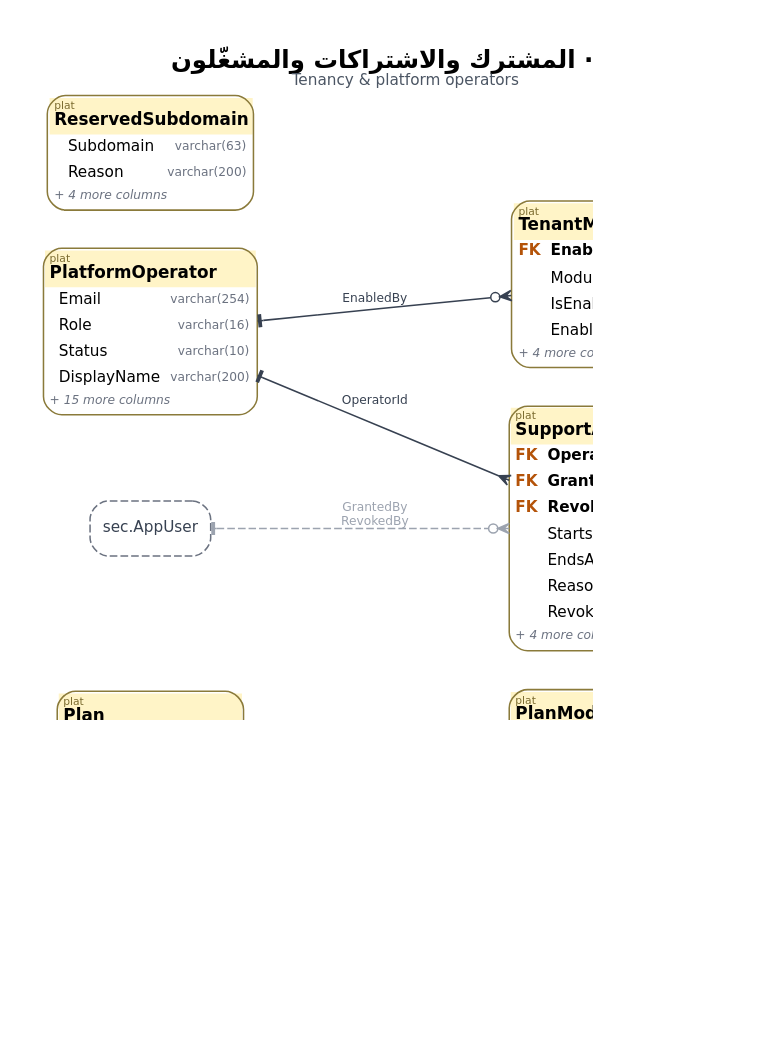
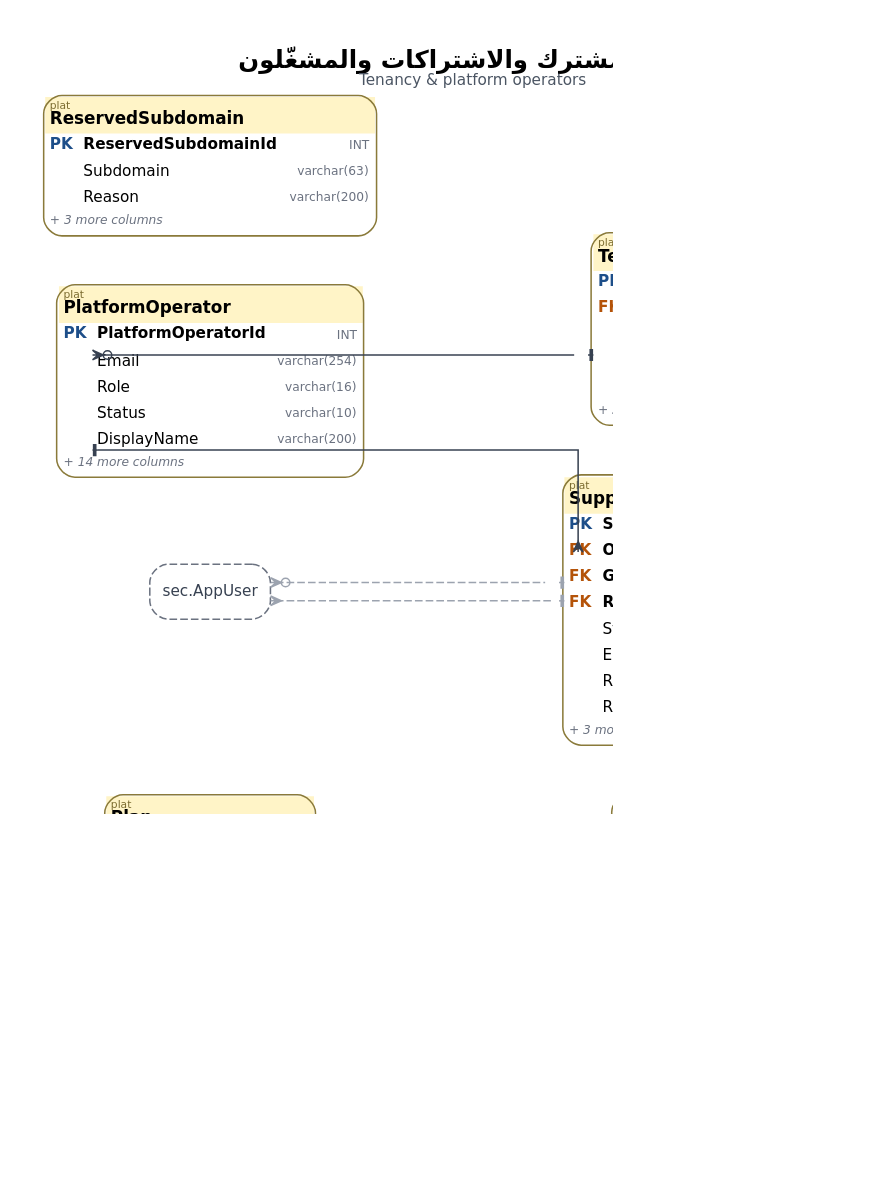
One commit to thawrasy/smartlines changed the diagram in treasury-platform/docs/diagrams/pro/src/m0_tenancy.dot. Above: the diagram before and after it, drawn with Graphviz. The commit also changed 72 other files, not shown here.

First line of the commit message:
WIP: layered orthogonal ERD layout with row ports (professional diagrams)

```diff
--- a/treasury-platform/docs/diagrams/pro/src/m0_tenancy.dot
+++ b/treasury-platform/docs/diagrams/pro/src/m0_tenancy.dot
@@ -1,20 +1,21 @@
 digraph G {
-  graph [fontname="DejaVu Sans", label=<<B><FONT POINT-SIZE="16">م0 · المشترك والاشتراكات والمشغّلون</FONT></B><BR/><FONT POINT-SIZE="10" COLOR="#4B5563">Tenancy &amp; platform operators</FONT>>, labelloc=t, rankdir=LR, splines=true, nodesep=0.35, ranksep=1.25, pad=0.35, bgcolor="white", dpi=110];
+  graph [fontname="DejaVu Sans", label=<<B><FONT POINT-SIZE="16">م0 · المشترك والاشتراكات والمشغّلون</FONT></B><BR/><FONT POINT-SIZE="10" COLOR="#4B5563">Tenancy &amp; platform operators</FONT>>, labelloc=t, rankdir=LR, splines=ortho, nodesep=0.45, ranksep=1.7, pad=0.35, bgcolor="white", dpi=110];
   node [fontname="DejaVu Sans", fontsize=10];
   edge [fontname="DejaVu Sans", fontsize=8, color="#374151", arrowsize=0.75];
-  "plat.Plan" [shape=plain, label=<<TABLE BORDER="1" COLOR="#8A7A3A" CELLBORDER="0" CELLSPACING="0" CELLPADDING="3" STYLE="rounded" BGCOLOR="white"><TR><TD COLSPAN="3" BGCOLOR="#FFF4C7" ALIGN="LEFT"><FONT POINT-SIZE="7" COLOR="#7A6A2E">plat</FONT><BR ALIGN="LEFT"/><FONT POINT-SIZE="11"><B>Plan</B></FONT></TD></TR><TR><TD ALIGN="LEFT"></TD><TD ALIGN="LEFT">Code</TD><TD ALIGN="RIGHT"><FONT COLOR="#6B7280" POINT-SIZE="8">varchar(30)</FONT></TD></TR><TR><TD ALIGN="LEFT"></TD><TD ALIGN="LEFT">NameAr</TD><TD ALIGN="RIGHT"><FONT COLOR="#6B7280" POINT-SIZE="8">varchar(200)</FONT></TD></TR><TR><TD ALIGN="LEFT"></TD><TD ALIGN="LEFT">NameEn</TD><TD ALIGN="RIGHT"><FONT COLOR="#6B7280" POINT-SIZE="8">varchar(200)</FONT></TD></TR><TR><TD ALIGN="LEFT"></TD><TD ALIGN="LEFT">MaxUsers</TD><TD ALIGN="RIGHT"><FONT COLOR="#6B7280" POINT-SIZE="8">integer</FONT></TD></TR><TR><TD COLSPAN="3" ALIGN="LEFT"><FONT POINT-SIZE="8" COLOR="#6B7280"><I>+ 7 more columns</I></FONT></TD></TR></TABLE>>];
-  "plat.PlanModule" [shape=plain, label=<<TABLE BORDER="1" COLOR="#8A7A3A" CELLBORDER="0" CELLSPACING="0" CELLPADDING="3" STYLE="rounded" BGCOLOR="white"><TR><TD COLSPAN="3" BGCOLOR="#FFF4C7" ALIGN="LEFT"><FONT POINT-SIZE="7" COLOR="#7A6A2E">plat</FONT><BR ALIGN="LEFT"/><FONT POINT-SIZE="11"><B>PlanModule</B></FONT></TD></TR><TR><TD ALIGN="LEFT"><FONT COLOR="#1D4E89"><B>PK</B></FONT></TD><TD ALIGN="LEFT"><B>PlanId</B></TD><TD ALIGN="RIGHT"><FONT COLOR="#6B7280" POINT-SIZE="8">INT</FONT></TD></TR><TR><TD ALIGN="LEFT"><FONT COLOR="#1D4E89"><B>PK</B></FONT></TD><TD ALIGN="LEFT"><B>ModuleCode</B></TD><TD ALIGN="RIGHT"><FONT COLOR="#6B7280" POINT-SIZE="8">varchar(12)</FONT></TD></TR><TR><TD COLSPAN="3" ALIGN="LEFT"><FONT POINT-SIZE="8" COLOR="#6B7280"><I>+ 4 more columns</I></FONT></TD></TR></TABLE>>];
-  "plat.PlatformOperator" [shape=plain, label=<<TABLE BORDER="1" COLOR="#8A7A3A" CELLBORDER="0" CELLSPACING="0" CELLPADDING="3" STYLE="rounded" BGCOLOR="white"><TR><TD COLSPAN="3" BGCOLOR="#FFF4C7" ALIGN="LEFT"><FONT POINT-SIZE="7" COLOR="#7A6A2E">plat</FONT><BR ALIGN="LEFT"/><FONT POINT-SIZE="11"><B>PlatformOperator</B></FONT></TD></TR><TR><TD ALIGN="LEFT"></TD><TD ALIGN="LEFT">Email</TD><TD ALIGN="RIGHT"><FONT COLOR="#6B7280" POINT-SIZE="8">varchar(254)</FONT></TD></TR><TR><TD ALIGN="LEFT"></TD><TD ALIGN="LEFT">Role</TD><TD ALIGN="RIGHT"><FONT COLOR="#6B7280" POINT-SIZE="8">varchar(16)</FONT></TD></TR><TR><TD ALIGN="LEFT"></TD><TD ALIGN="LEFT">Status</TD><TD ALIGN="RIGHT"><FONT COLOR="#6B7280" POINT-SIZE="8">varchar(10)</FONT></TD></TR><TR><TD ALIGN="LEFT"></TD><TD ALIGN="LEFT">DisplayName</TD><TD ALIGN="RIGHT"><FONT COLOR="#6B7280" POINT-SIZE="8">varchar(200)</FONT></TD></TR><TR><TD COLSPAN="3" ALIGN="LEFT"><FONT POINT-SIZE="8" COLOR="#6B7280"><I>+ 15 more columns</I></FONT></TD></TR></TABLE>>];
-  "plat.ReservedSubdomain" [shape=plain, label=<<TABLE BORDER="1" COLOR="#8A7A3A" CELLBORDER="0" CELLSPACING="0" CELLPADDING="3" STYLE="rounded" BGCOLOR="white"><TR><TD COLSPAN="3" BGCOLOR="#FFF4C7" ALIGN="LEFT"><FONT POINT-SIZE="7" COLOR="#7A6A2E">plat</FONT><BR ALIGN="LEFT"/><FONT POINT-SIZE="11"><B>ReservedSubdomain</B></FONT></TD></TR><TR><TD ALIGN="LEFT"></TD><TD ALIGN="LEFT">Subdomain</TD><TD ALIGN="RIGHT"><FONT COLOR="#6B7280" POINT-SIZE="8">varchar(63)</FONT></TD></TR><TR><TD ALIGN="LEFT"></TD><TD ALIGN="LEFT">Reason</TD><TD ALIGN="RIGHT"><FONT COLOR="#6B7280" POINT-SIZE="8">varchar(200)</FONT></TD></TR><TR><TD COLSPAN="3" ALIGN="LEFT"><FONT POINT-SIZE="8" COLOR="#6B7280"><I>+ 4 more columns</I></FONT></TD></TR></TABLE>>];
-  "plat.SupportAccessGrant" [shape=plain, label=<<TABLE BORDER="1" COLOR="#8A7A3A" CELLBORDER="0" CELLSPACING="0" CELLPADDING="3" STYLE="rounded" BGCOLOR="white"><TR><TD COLSPAN="3" BGCOLOR="#FFF4C7" ALIGN="LEFT"><FONT POINT-SIZE="7" COLOR="#7A6A2E">plat</FONT><BR ALIGN="LEFT"/><FONT POINT-SIZE="11"><B>SupportAccessGrant</B></FONT></TD></TR><TR><TD ALIGN="LEFT"><FONT COLOR="#B45309"><B>FK</B></FONT></TD><TD ALIGN="LEFT"><B>OperatorId</B></TD><TD ALIGN="RIGHT"><FONT COLOR="#6B7280" POINT-SIZE="8">INT</FONT></TD></TR><TR><TD ALIGN="LEFT"><FONT COLOR="#B45309"><B>FK</B></FONT></TD><TD ALIGN="LEFT"><B>GrantedBy</B></TD><TD ALIGN="RIGHT"><FONT COLOR="#6B7280" POINT-SIZE="8">BIGINT</FONT></TD></TR><TR><TD ALIGN="LEFT"><FONT COLOR="#B45309"><B>FK</B></FONT></TD><TD ALIGN="LEFT"><B>RevokedBy</B></TD><TD ALIGN="RIGHT"><FONT COLOR="#6B7280" POINT-SIZE="8">BIGINT</FONT></TD></TR><TR><TD ALIGN="LEFT"></TD><TD ALIGN="LEFT">StartsAt</TD><TD ALIGN="RIGHT"><FONT COLOR="#6B7280" POINT-SIZE="8">timestamp(3)</FONT></TD></TR><TR><TD ALIGN="LEFT"></TD><TD ALIGN="LEFT">EndsAt</TD><TD ALIGN="RIGHT"><FONT COLOR="#6B7280" POINT-SIZE="8">timestamp(3)</FONT></TD></TR><TR><TD ALIGN="LEFT"></TD><TD ALIGN="LEFT">Reason</TD><TD ALIGN="RIGHT"><FONT COLOR="#6B7280" POINT-SIZE="8">varchar(500)</FONT></TD></TR><TR><TD ALIGN="LEFT"></TD><TD ALIGN="LEFT">RevokedAt</TD><TD ALIGN="RIGHT"><FONT COLOR="#6B7280" POINT-SIZE="8">timestamp(3)</FONT></TD></TR><TR><TD COLSPAN="3" ALIGN="LEFT"><FONT POINT-SIZE="8" COLOR="#6B7280"><I>+ 4 more columns</I></FONT></TD></TR></TABLE>>];
-  "plat.Tenant" [shape=plain, label=<<TABLE BORDER="1" COLOR="#8A7A3A" CELLBORDER="0" CELLSPACING="0" CELLPADDING="3" STYLE="rounded" BGCOLOR="white"><TR><TD COLSPAN="3" BGCOLOR="#FFF4C7" ALIGN="LEFT"><FONT POINT-SIZE="7" COLOR="#7A6A2E">plat</FONT><BR ALIGN="LEFT"/><FONT POINT-SIZE="11"><B>Tenant</B></FONT></TD></TR><TR><TD ALIGN="LEFT"><FONT COLOR="#B45309"><B>FK</B></FONT></TD><TD ALIGN="LEFT"><B>PlanId</B></TD><TD ALIGN="RIGHT"><FONT COLOR="#6B7280" POINT-SIZE="8">INT</FONT></TD></TR><TR><TD ALIGN="LEFT"><FONT COLOR="#B45309"><B>FK</B></FONT></TD><TD ALIGN="LEFT"><B>HomeCountryId</B></TD><TD ALIGN="RIGHT"><FONT COLOR="#6B7280" POINT-SIZE="8">INT</FONT></TD></TR><TR><TD ALIGN="LEFT"></TD><TD ALIGN="LEFT">Code</TD><TD ALIGN="RIGHT"><FONT COLOR="#6B7280" POINT-SIZE="8">varchar(30)</FONT></TD></TR><TR><TD ALIGN="LEFT"></TD><TD ALIGN="LEFT">NameAr</TD><TD ALIGN="RIGHT"><FONT COLOR="#6B7280" POINT-SIZE="8">varchar(200)</FONT></TD></TR><TR><TD ALIGN="LEFT"></TD><TD ALIGN="LEFT">NameEn</TD><TD ALIGN="RIGHT"><FONT COLOR="#6B7280" POINT-SIZE="8">varchar(200)</FONT></TD></TR><TR><TD ALIGN="LEFT"></TD><TD ALIGN="LEFT">TrialEndsOn</TD><TD ALIGN="RIGHT"><FONT COLOR="#6B7280" POINT-SIZE="8">date</FONT></TD></TR><TR><TD COLSPAN="3" ALIGN="LEFT"><FONT POINT-SIZE="8" COLOR="#6B7280"><I>+ 14 more columns</I></FONT></TD></TR></TABLE>>];
-  "plat.TenantModule" [shape=plain, label=<<TABLE BORDER="1" COLOR="#8A7A3A" CELLBORDER="0" CELLSPACING="0" CELLPADDING="3" STYLE="rounded" BGCOLOR="white"><TR><TD COLSPAN="3" BGCOLOR="#FFF4C7" ALIGN="LEFT"><FONT POINT-SIZE="7" COLOR="#7A6A2E">plat</FONT><BR ALIGN="LEFT"/><FONT POINT-SIZE="11"><B>TenantModule</B></FONT></TD></TR><TR><TD ALIGN="LEFT"><FONT COLOR="#B45309"><B>FK</B></FONT></TD><TD ALIGN="LEFT"><B>EnabledBy</B></TD><TD ALIGN="RIGHT"><FONT COLOR="#6B7280" POINT-SIZE="8">INT</FONT></TD></TR><TR><TD ALIGN="LEFT"></TD><TD ALIGN="LEFT">ModuleCode</TD><TD ALIGN="RIGHT"><FONT COLOR="#6B7280" POINT-SIZE="8">varchar(12)</FONT></TD></TR><TR><TD ALIGN="LEFT"></TD><TD ALIGN="LEFT">IsEnabled</TD><TD ALIGN="RIGHT"><FONT COLOR="#6B7280" POINT-SIZE="8">smallint</FONT></TD></TR><TR><TD ALIGN="LEFT"></TD><TD ALIGN="LEFT">EnabledAt</TD><TD ALIGN="RIGHT"><FONT COLOR="#6B7280" POINT-SIZE="8">timestamp(3)</FONT></TD></TR><TR><TD COLSPAN="3" ALIGN="LEFT"><FONT POINT-SIZE="8" COLOR="#6B7280"><I>+ 4 more columns</I></FONT></TD></TR></TABLE>>];
+  "plat.Plan" [shape=plain, label=<<TABLE BORDER="1" COLOR="#8A7A3A" CELLBORDER="0" CELLSPACING="0" CELLPADDING="3" STYLE="rounded" BGCOLOR="white"><TR><TD COLSPAN="3" BGCOLOR="#FFF4C7" ALIGN="LEFT"><FONT POINT-SIZE="7" COLOR="#7A6A2E">plat</FONT><BR ALIGN="LEFT"/><FONT POINT-SIZE="11"><B>Plan</B></FONT></TD></TR><TR><TD ALIGN="LEFT" PORT="PlanId"><FONT COLOR="#1D4E89"><B>PK</B></FONT></TD><TD ALIGN="LEFT" PORT="PlanId"><B>PlanId</B></TD><TD ALIGN="RIGHT" PORT="PlanId"><FONT COLOR="#6B7280" POINT-SIZE="8">INT</FONT></TD></TR><TR><TD ALIGN="LEFT"></TD><TD ALIGN="LEFT">Code</TD><TD ALIGN="RIGHT"><FONT COLOR="#6B7280" POINT-SIZE="8">varchar(30)</FONT></TD></TR><TR><TD ALIGN="LEFT"></TD><TD ALIGN="LEFT">NameAr</TD><TD ALIGN="RIGHT"><FONT COLOR="#6B7280" POINT-SIZE="8">varchar(200)</FONT></TD></TR><TR><TD ALIGN="LEFT"></TD><TD ALIGN="LEFT">NameEn</TD><TD ALIGN="RIGHT"><FONT COLOR="#6B7280" POINT-SIZE="8">varchar(200)</FONT></TD></TR><TR><TD ALIGN="LEFT"></TD><TD ALIGN="LEFT">MaxUsers</TD><TD ALIGN="RIGHT"><FONT COLOR="#6B7280" POINT-SIZE="8">integer</FONT></TD></TR><TR><TD COLSPAN="3" ALIGN="LEFT"><FONT POINT-SIZE="8" COLOR="#6B7280"><I>+ 6 more columns</I></FONT></TD></TR></TABLE>>];
+  "plat.PlanModule" [shape=plain, label=<<TABLE BORDER="1" COLOR="#8A7A3A" CELLBORDER="0" CELLSPACING="0" CELLPADDING="3" STYLE="rounded" BGCOLOR="white"><TR><TD COLSPAN="3" BGCOLOR="#FFF4C7" ALIGN="LEFT"><FONT POINT-SIZE="7" COLOR="#7A6A2E">plat</FONT><BR ALIGN="LEFT"/><FONT POINT-SIZE="11"><B>PlanModule</B></FONT></TD></TR><TR><TD ALIGN="LEFT" PORT="PlanId"><FONT COLOR="#1D4E89"><B>PK</B></FONT></TD><TD ALIGN="LEFT" PORT="PlanId"><B>PlanId</B></TD><TD ALIGN="RIGHT" PORT="PlanId"><FONT COLOR="#6B7280" POINT-SIZE="8">INT</FONT></TD></TR><TR><TD ALIGN="LEFT" PORT="ModuleCode"><FONT COLOR="#1D4E89"><B>PK</B></FONT></TD><TD ALIGN="LEFT" PORT="ModuleCode"><B>ModuleCode</B></TD><TD ALIGN="RIGHT" PORT="ModuleCode"><FONT COLOR="#6B7280" POINT-SIZE="8">varchar(12)</FONT></TD></TR><TR><TD COLSPAN="3" ALIGN="LEFT"><FONT POINT-SIZE="8" COLOR="#6B7280"><I>+ 4 more columns</I></FONT></TD></TR></TABLE>>];
+  "plat.PlatformOperator" [shape=plain, label=<<TABLE BORDER="1" COLOR="#8A7A3A" CELLBORDER="0" CELLSPACING="0" CELLPADDING="3" STYLE="rounded" BGCOLOR="white"><TR><TD COLSPAN="3" BGCOLOR="#FFF4C7" ALIGN="LEFT"><FONT POINT-SIZE="7" COLOR="#7A6A2E">plat</FONT><BR ALIGN="LEFT"/><FONT POINT-SIZE="11"><B>PlatformOperator</B></FONT></TD></TR><TR><TD ALIGN="LEFT" PORT="PlatformOperatorId"><FONT COLOR="#1D4E89"><B>PK</B></FONT></TD><TD ALIGN="LEFT" PORT="PlatformOperatorId"><B>PlatformOperatorId</B></TD><TD ALIGN="RIGHT" PORT="PlatformOperatorId"><FONT COLOR="#6B7280" POINT-SIZE="8">INT</FONT></TD></TR><TR><TD ALIGN="LEFT"></TD><TD ALIGN="LEFT">Email</TD><TD ALIGN="RIGHT"><FONT COLOR="#6B7280" POINT-SIZE="8">varchar(254)</FONT></TD></TR><TR><TD ALIGN="LEFT"></TD><TD ALIGN="LEFT">Role</TD><TD ALIGN="RIGHT"><FONT COLOR="#6B7280" POINT-SIZE="8">varchar(16)</FONT></TD></TR><TR><TD ALIGN="LEFT"></TD><TD ALIGN="LEFT">Status</TD><TD ALIGN="RIGHT"><FONT COLOR="#6B7280" POINT-SIZE="8">varchar(10)</FONT></TD></TR><TR><TD ALIGN="LEFT"></TD><TD ALIGN="LEFT">DisplayName</TD><TD ALIGN="RIGHT"><FONT COLOR="#6B7280" POINT-SIZE="8">varchar(200)</FONT></TD></TR><TR><TD COLSPAN="3" ALIGN="LEFT"><FONT POINT-SIZE="8" COLOR="#6B7280"><I>+ 14 more columns</I></FONT></TD></TR></TABLE>>];
+  "plat.ReservedSubdomain" [shape=plain, label=<<TABLE BORDER="1" COLOR="#8A7A3A" CELLBORDER="0" CELLSPACING="0" CELLPADDING="3" STYLE="rounded" BGCOLOR="white"><TR><TD COLSPAN="3" BGCOLOR="#FFF4C7" ALIGN="LEFT"><FONT POINT-SIZE="7" COLOR="#7A6A2E">plat</FONT><BR ALIGN="LEFT"/><FONT POINT-SIZE="11"><B>ReservedSubdomain</B></FONT></TD></TR><TR><TD ALIGN="LEFT" PORT="ReservedSubdomainId"><FONT COLOR="#1D4E89"><B>PK</B></FONT></TD><TD ALIGN="LEFT" PORT="ReservedSubdomainId"><B>ReservedSubdomainId</B></TD><TD ALIGN="RIGHT" PORT="ReservedSubdomainId"><FONT COLOR="#6B7280" POINT-SIZE="8">INT</FONT></TD></TR><TR><TD ALIGN="LEFT"></TD><TD ALIGN="LEFT">Subdomain</TD><TD ALIGN="RIGHT"><FONT COLOR="#6B7280" POINT-SIZE="8">varchar(63)</FONT></TD></TR><TR><TD ALIGN="LEFT"></TD><TD ALIGN="LEFT">Reason</TD><TD ALIGN="RIGHT"><FONT COLOR="#6B7280" POINT-SIZE="8">varchar(200)</FONT></TD></TR><TR><TD COLSPAN="3" ALIGN="LEFT"><FONT POINT-SIZE="8" COLOR="#6B7280"><I>+ 3 more columns</I></FONT></TD></TR></TABLE>>];
+  "plat.SupportAccessGrant" [shape=plain, label=<<TABLE BORDER="1" COLOR="#8A7A3A" CELLBORDER="0" CELLSPACING="0" CELLPADDING="3" STYLE="rounded" BGCOLOR="white"><TR><TD COLSPAN="3" BGCOLOR="#FFF4C7" ALIGN="LEFT"><FONT POINT-SIZE="7" COLOR="#7A6A2E">plat</FONT><BR ALIGN="LEFT"/><FONT POINT-SIZE="11"><B>SupportAccessGrant</B></FONT></TD></TR><TR><TD ALIGN="LEFT" PORT="SupportAccessGrantId"><FONT COLOR="#1D4E89"><B>PK</B></FONT></TD><TD ALIGN="LEFT" PORT="SupportAccessGrantId"><B>SupportAccessGrantId</B></TD><TD ALIGN="RIGHT" PORT="SupportAccessGrantId"><FONT COLOR="#6B7280" POINT-SIZE="8">BIGINT</FONT></TD></TR><TR><TD ALIGN="LEFT" PORT="OperatorId"><FONT COLOR="#B45309"><B>FK</B></FONT></TD><TD ALIGN="LEFT" PORT="OperatorId"><B>OperatorId</B></TD><TD ALIGN="RIGHT" PORT="OperatorId"><FONT COLOR="#6B7280" POINT-SIZE="8">INT</FONT></TD></TR><TR><TD ALIGN="LEFT" PORT="GrantedBy"><FONT COLOR="#B45309"><B>FK</B></FONT></TD><TD ALIGN="LEFT" PORT="GrantedBy"><B>GrantedBy</B></TD><TD ALIGN="RIGHT" PORT="GrantedBy"><FONT COLOR="#6B7280" POINT-SIZE="8">BIGINT</FONT></TD></TR><TR><TD ALIGN="LEFT" PORT="RevokedBy"><FONT COLOR="#B45309"><B>FK</B></FONT></TD><TD ALIGN="LEFT" PORT="RevokedBy"><B>RevokedBy</B></TD><TD ALIGN="RIGHT" PORT="RevokedBy"><FONT COLOR="#6B7280" POINT-SIZE="8">BIGINT</FONT></TD></TR><TR><TD ALIGN="LEFT"></TD><TD ALIGN="LEFT">StartsAt</TD><TD ALIGN="RIGHT"><FONT COLOR="#6B7280" POINT-SIZE="8">timestamp(3)</FONT></TD></TR><TR><TD ALIGN="LEFT"></TD><TD ALIGN="LEFT">EndsAt</TD><TD ALIGN="RIGHT"><FONT COLOR="#6B7280" POINT-SIZE="8">timestamp(3)</FONT></TD></TR><TR><TD ALIGN="LEFT"></TD><TD ALIGN="LEFT">Reason</TD><TD ALIGN="RIGHT"><FONT COLOR="#6B7280" POINT-SIZE="8">varchar(500)</FONT></TD></TR><TR><TD ALIGN="LEFT"></TD><TD ALIGN="LEFT">RevokedAt</TD><TD ALIGN="RIGHT"><FONT COLOR="#6B7280" POINT-SIZE="8">timestamp(3)</FONT></TD></TR><TR><TD COLSPAN="3" ALIGN="LEFT"><FONT POINT-SIZE="8" COLOR="#6B7280"><I>+ 3 more columns</I></FONT></TD></TR></TABLE>>];
+  "plat.Tenant" [shape=plain, label=<<TABLE BORDER="1" COLOR="#8A7A3A" CELLBORDER="0" CELLSPACING="0" CELLPADDING="3" STYLE="rounded" BGCOLOR="white"><TR><TD COLSPAN="3" BGCOLOR="#FFF4C7" ALIGN="LEFT"><FONT POINT-SIZE="7" COLOR="#7A6A2E">plat</FONT><BR ALIGN="LEFT"/><FONT POINT-SIZE="11"><B>Tenant</B></FONT></TD></TR><TR><TD ALIGN="LEFT" PORT="TenantId"><FONT COLOR="#1D4E89"><B>PK</B></FONT></TD><TD ALIGN="LEFT" PORT="TenantId"><B>TenantId</B></TD><TD ALIGN="RIGHT" PORT="TenantId"><FONT COLOR="#6B7280" POINT-SIZE="8">INT</FONT></TD></TR><TR><TD ALIGN="LEFT" PORT="PlanId"><FONT COLOR="#B45309"><B>FK</B></FONT></TD><TD ALIGN="LEFT" PORT="PlanId"><B>PlanId</B></TD><TD ALIGN="RIGHT" PORT="PlanId"><FONT COLOR="#6B7280" POINT-SIZE="8">INT</FONT></TD></TR><TR><TD ALIGN="LEFT" PORT="HomeCountryId"><FONT COLOR="#B45309"><B>FK</B></FONT></TD><TD ALIGN="LEFT" PORT="HomeCountryId"><B>HomeCountryId</B></TD><TD ALIGN="RIGHT" PORT="HomeCountryId"><FONT COLOR="#6B7280" POINT-SIZE="8">INT</FONT></TD></TR><TR><TD ALIGN="LEFT"></TD><TD ALIGN="LEFT">Code</TD><TD ALIGN="RIGHT"><FONT COLOR="#6B7280" POINT-SIZE="8">varchar(30)</FONT></TD></TR><TR><TD ALIGN="LEFT"></TD><TD ALIGN="LEFT">NameAr</TD><TD ALIGN="RIGHT"><FONT COLOR="#6B7280" POINT-SIZE="8">varchar(200)</FONT></TD></TR><TR><TD ALIGN="LEFT"></TD><TD ALIGN="LEFT">NameEn</TD><TD ALIGN="RIGHT"><FONT COLOR="#6B7280" POINT-SIZE="8">varchar(200)</FONT></TD></TR><TR><TD ALIGN="LEFT"></TD><TD ALIGN="LEFT">TrialEndsOn</TD><TD ALIGN="RIGHT"><FONT COLOR="#6B7280" POINT-SIZE="8">date</FONT></TD></TR><TR><TD COLSPAN="3" ALIGN="LEFT"><FONT POINT-SIZE="8" COLOR="#6B7280"><I>+ 13 more columns</I></FONT></TD></TR></TABLE>>];
+  "plat.TenantModule" [shape=plain, label=<<TABLE BORDER="1" COLOR="#8A7A3A" CELLBORDER="0" CELLSPACING="0" CELLPADDING="3" STYLE="rounded" BGCOLOR="white"><TR><TD COLSPAN="3" BGCOLOR="#FFF4C7" ALIGN="LEFT"><FONT POINT-SIZE="7" COLOR="#7A6A2E">plat</FONT><BR ALIGN="LEFT"/><FONT POINT-SIZE="11"><B>TenantModule</B></FONT></TD></TR><TR><TD ALIGN="LEFT" PORT="TenantModuleId"><FONT COLOR="#1D4E89"><B>PK</B></FONT></TD><TD ALIGN="LEFT" PORT="TenantModuleId"><B>TenantModuleId</B></TD><TD ALIGN="RIGHT" PORT="TenantModuleId"><FONT COLOR="#6B7280" POINT-SIZE="8">BIGINT</FONT></TD></TR><TR><TD ALIGN="LEFT" PORT="EnabledBy"><FONT COLOR="#B45309"><B>FK</B></FONT></TD><TD ALIGN="LEFT" PORT="EnabledBy"><B>EnabledBy</B></TD><TD ALIGN="RIGHT" PORT="EnabledBy"><FONT COLOR="#6B7280" POINT-SIZE="8">INT</FONT></TD></TR><TR><TD ALIGN="LEFT"></TD><TD ALIGN="LEFT">ModuleCode</TD><TD ALIGN="RIGHT"><FONT COLOR="#6B7280" POINT-SIZE="8">varchar(12)</FONT></TD></TR><TR><TD ALIGN="LEFT"></TD><TD ALIGN="LEFT">IsEnabled</TD><TD ALIGN="RIGHT"><FONT COLOR="#6B7280" POINT-SIZE="8">smallint</FONT></TD></TR><TR><TD ALIGN="LEFT"></TD><TD ALIGN="LEFT">EnabledAt</TD><TD ALIGN="RIGHT"><FONT COLOR="#6B7280" POINT-SIZE="8">timestamp(3)</FONT></TD></TR><TR><TD COLSPAN="3" ALIGN="LEFT"><FONT POINT-SIZE="8" COLOR="#6B7280"><I>+ 3 more columns</I></FONT></TD></TR></TABLE>>];
   "ref.Country" [shape=box, style="rounded,dashed", color="#6B7280", fontcolor="#374151", margin="0.12,0.05", label="ref.Country"];
   "sec.AppUser" [shape=box, style="rounded,dashed", color="#6B7280", fontcolor="#374151", margin="0.12,0.05", label="sec.AppUser"];
-  "plat.Plan" -> "plat.PlanModule" [dir=both, arrowtail=tee, arrowhead=crow, style=solid, color="#374151", fontcolor="#374151", label="PlanId"];
-  "plat.Plan" -> "plat.Tenant" [dir=both, arrowtail=tee, arrowhead=crow, style=solid, color="#374151", fontcolor="#374151", label="PlanId"];
-  "plat.PlatformOperator" -> "plat.SupportAccessGrant" [dir=both, arrowtail=tee, arrowhead=crow, style=solid, color="#374151", fontcolor="#374151", label="OperatorId"];
-  "plat.PlatformOperator" -> "plat.TenantModule" [dir=both, arrowtail=tee, arrowhead=crowodot, style=solid, color="#374151", fontcolor="#374151", label="EnabledBy"];
-  "ref.Country" -> "plat.Tenant" [dir=both, arrowtail=tee, arrowhead=crow, style=dashed, color="#9CA3AF", fontcolor="#9CA3AF", label="HomeCountryId"];
-  "sec.AppUser" -> "plat.SupportAccessGrant" [dir=both, arrowtail=tee, arrowhead=crowodot, style=dashed, color="#9CA3AF", fontcolor="#9CA3AF", label="GrantedBy\nRevokedBy"];
+  "plat.Plan":"PlanId":e -> "plat.PlanModule":"PlanId":w [dir=both, arrowtail=tee, arrowhead=crow, style=solid, color="#374151", arrowsize=0.7];
+  "plat.PlatformOperator":"PlatformOperatorId":e -> "plat.SupportAccessGrant":"OperatorId":w [dir=both, arrowtail=tee, arrowhead=crow, style=solid, color="#374151", arrowsize=0.7];
+  "sec.AppUser" -> "plat.SupportAccessGrant":"GrantedBy":w [dir=both, arrowtail=tee, arrowhead=crow, style=dashed, color="#9CA3AF", arrowsize=0.7];
+  "sec.AppUser" -> "plat.SupportAccessGrant":"RevokedBy":w [dir=both, arrowtail=tee, arrowhead=crowodot, style=dashed, color="#9CA3AF", arrowsize=0.7];
+  "plat.Plan":"PlanId":e -> "plat.Tenant":"PlanId":w [dir=both, arrowtail=tee, arrowhead=crow, style=solid, color="#374151", arrowsize=0.7];
+  "ref.Country" -> "plat.Tenant":"HomeCountryId":w [dir=both, arrowtail=tee, arrowhead=crow, style=dashed, color="#9CA3AF", arrowsize=0.7];
+  "plat.PlatformOperator":"PlatformOperatorId":e -> "plat.TenantModule":"EnabledBy":w [dir=both, arrowtail=tee, arrowhead=crowodot, style=solid, color="#374151", arrowsize=0.7];
 }
```
